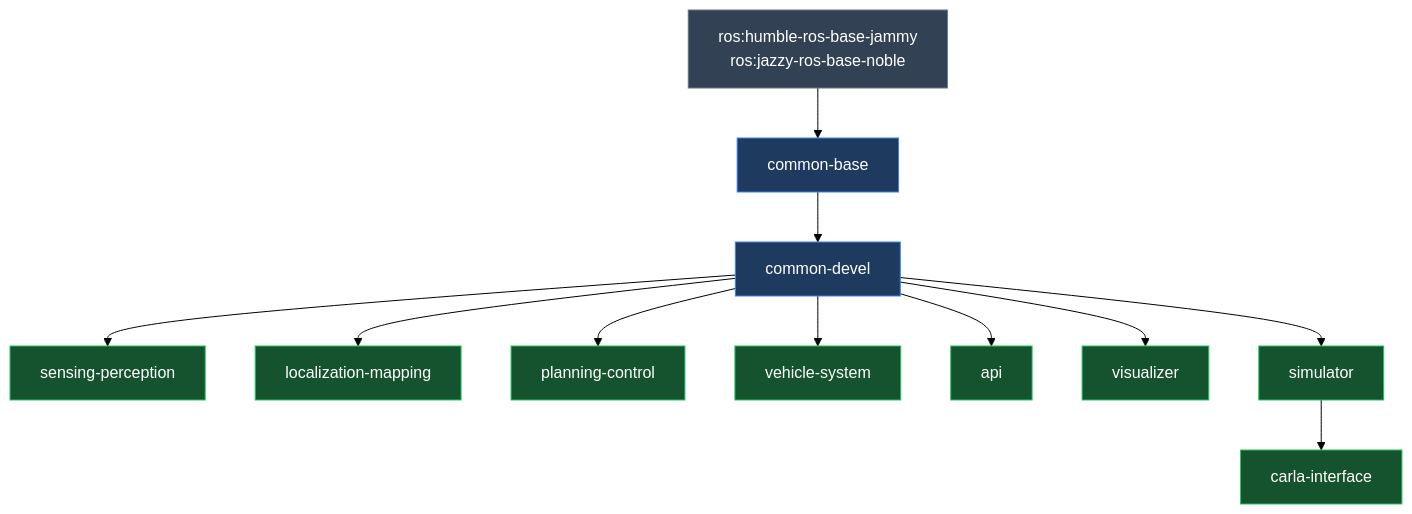
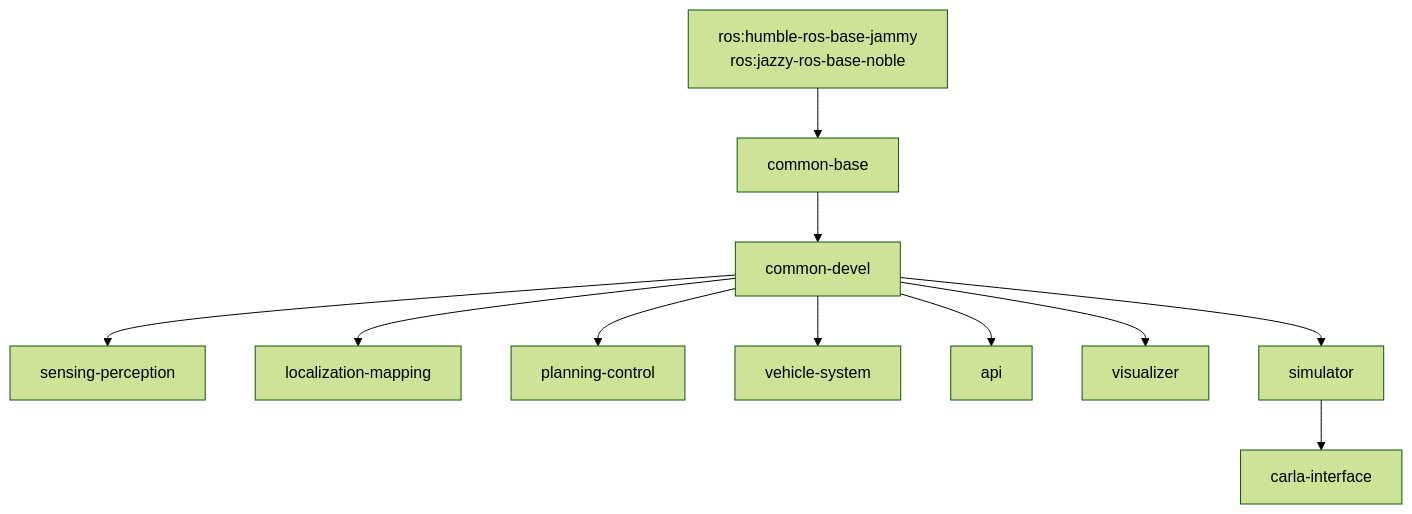
One commit to oguzkaganozt/openadkit changed the first of 2 diagrams in docs/components/index.md. Above: the diagram before and after it, drawn with Mermaid (forest theme). The commit also changed other lines of this file and 36 other files, not shown here.

````diff
--- a/docs/components/index.md
+++ b/docs/components/index.md
@@ -13,18 +11,13 @@
 ```mermaid
 flowchart TB
-    ROS["ros:humble-ros-base-jammy<br/>ros:jazzy-ros-base-noble"]:::rosBase --> CB["common-base"]:::commonBase
-    CB --> CD["common-devel"]:::commonBase
-
-    CD --> SP["sensing-perception"]:::componentImage
-    CD --> LM["localization-mapping"]:::componentImage
-    CD --> PC["planning-control"]:::componentImage
-    CD --> VS["vehicle-system"]:::componentImage
-    CD --> API["api"]:::componentImage
-    CD --> VIZ["visualizer"]:::componentImage
-    CD --> SIM["simulator"]:::componentImage
-    SIM --> CARLA["carla-interface"]:::componentImage
-
-    classDef rosBase fill:#334155,stroke:#64748b,color:#fff
-    classDef commonBase fill:#1e3a5f,stroke:#3b82f6,color:#fff
-    classDef componentImage fill:#14532d,stroke:#22c55e,color:#fff
+    ROS["ros:humble-ros-base-jammy<br/>ros:jazzy-ros-base-noble"] --> CB["common-base"]
+    CB --> CD["common-devel"]
+    CD --> SP["sensing-perception"]
+    CD --> LM["localization-mapping"]
+    CD --> PC["planning-control"]
+    CD --> VS["vehicle-system"]
+    CD --> API["api"]
+    CD --> VIZ["visualizer"]
+    CD --> SIM["simulator"]
+    SIM --> CARLA["carla-interface"]
 ```
````
